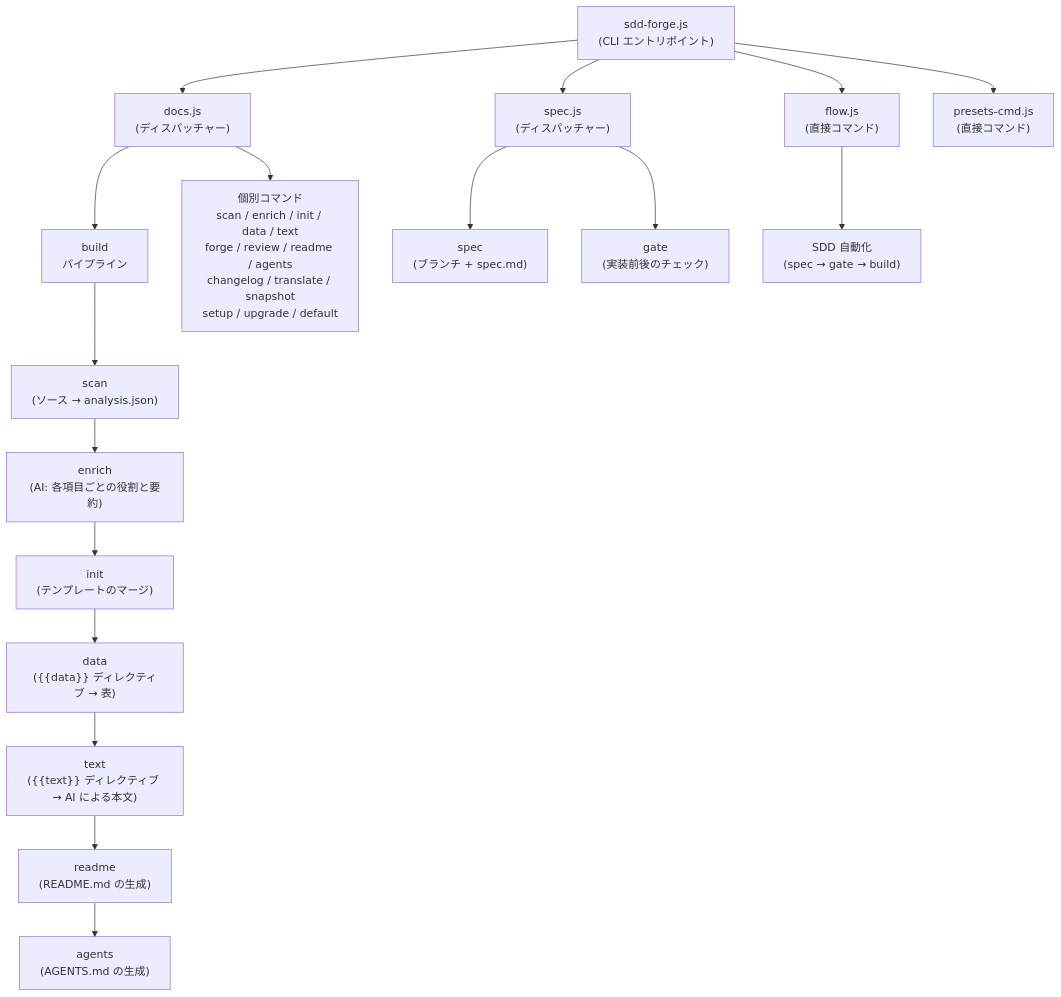
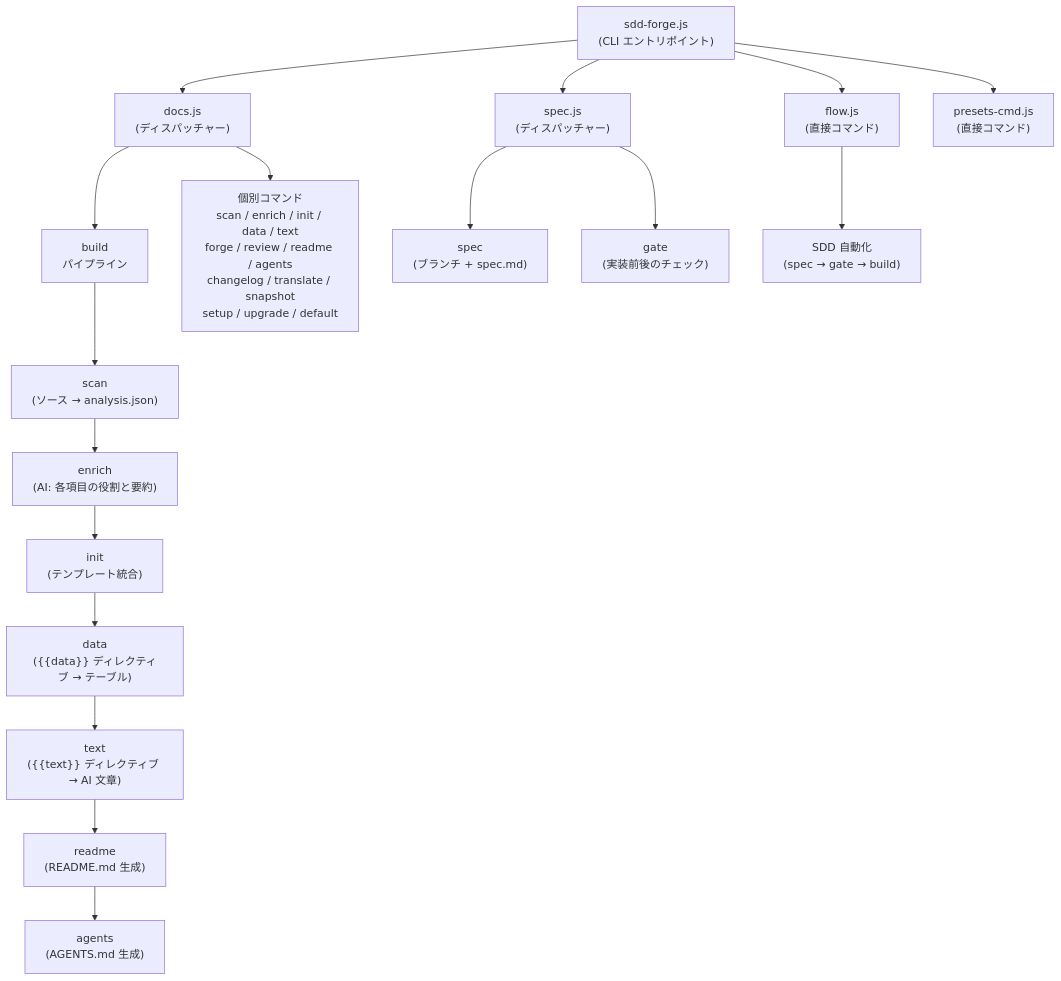
Before and after one commit to SpreadWorks/sdd-forge: the diagram in docs/ja/overview.md, drawn with Mermaid. The commit also changed other lines of this file and 8 other files, not shown here.

````diff
--- a/docs/ja/overview.md
+++ b/docs/ja/overview.md
@@ -29,25 +29,25 @@
 ```mermaid
 flowchart TD
     Entry["sdd-forge.js\n(CLI エントリポイント)"]
 
     Entry --> DocsDispatcher["docs.js\n(ディスパッチャー)"]
     Entry --> SpecDispatcher["spec.js\n(ディスパッチャー)"]
     Entry --> FlowDirect["flow.js\n(直接コマンド)"]
     Entry --> PresetsDirect["presets-cmd.js\n(直接コマンド)"]
 
     DocsDispatcher --> Build["build\nパイプライン"]
     DocsDispatcher --> Individual["個別コマンド\nscan / enrich / init / data / text\nforge / review / readme / agents\nchangelog / translate / snapshot\nsetup / upgrade / default"]
 
     Build --> Scan["scan\n(ソース → analysis.json)"]
-    Scan --> Enrich["enrich\n(AI: 各項目ごとの役割と要約)"]
-    Enrich --> Init["init\n(テンプレートのマージ)"]
-    Init --> Data["data\n({{data}} ディレクティブ → 表)"]
-    Data --> Text["text\n({{text}} ディレクティブ → AI による本文)"]
-    Text --> Readme["readme\n(README.md の生成)"]
-    Readme --> Agents["agents\n(AGENTS.md の生成)"]
+    Scan --> Enrich["enrich\n(AI: 各項目の役割と要約)"]
+    Enrich --> Init["init\n(テンプレート統合)"]
+    Init --> Data["data\n({{data}} ディレクティブ → テーブル)"]
+    Data --> Text["text\n({{text}} ディレクティブ → AI 文章)"]
+    Text --> Readme["readme\n(README.md 生成)"]
+    Readme --> Agents["agents\n(AGENTS.md 生成)"]
 
     SpecDispatcher --> SpecInit["spec\n(ブランチ + spec.md)"]
     SpecDispatcher --> Gate["gate\n(実装前後のチェック)"]
 
     FlowDirect --> SddFlow["SDD 自動化\n(spec → gate → build)"]
 ```
````
